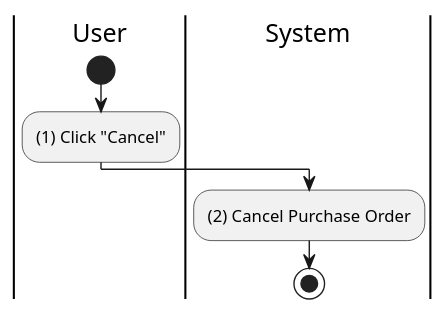
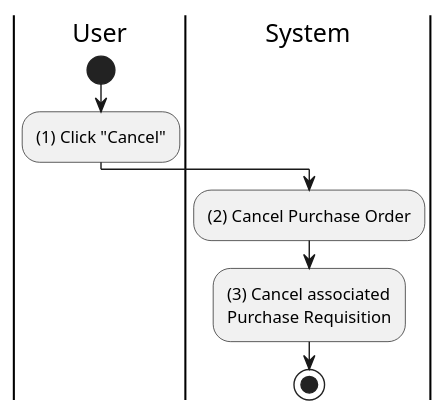
The diagram in activities/purchase-order-cancel.plantuml (phihungha/scmss-reqs), drawn with PlantUML before and after one commit. The commit also changed 5 other files, not shown here.

```diff
--- a/activities/purchase-order-cancel.plantuml
+++ b/activities/purchase-order-cancel.plantuml
@@ -1,12 +1,13 @@
 @startuml purchase-order-cancel
 |u|User
 |s|System
 
 |u|
 start
 :(1) Click "Cancel";
 
 |s|
 :(2) Cancel Purchase Order;
+:(3) Cancel associated\nPurchase Requisition;
 stop
 @enduml
```
